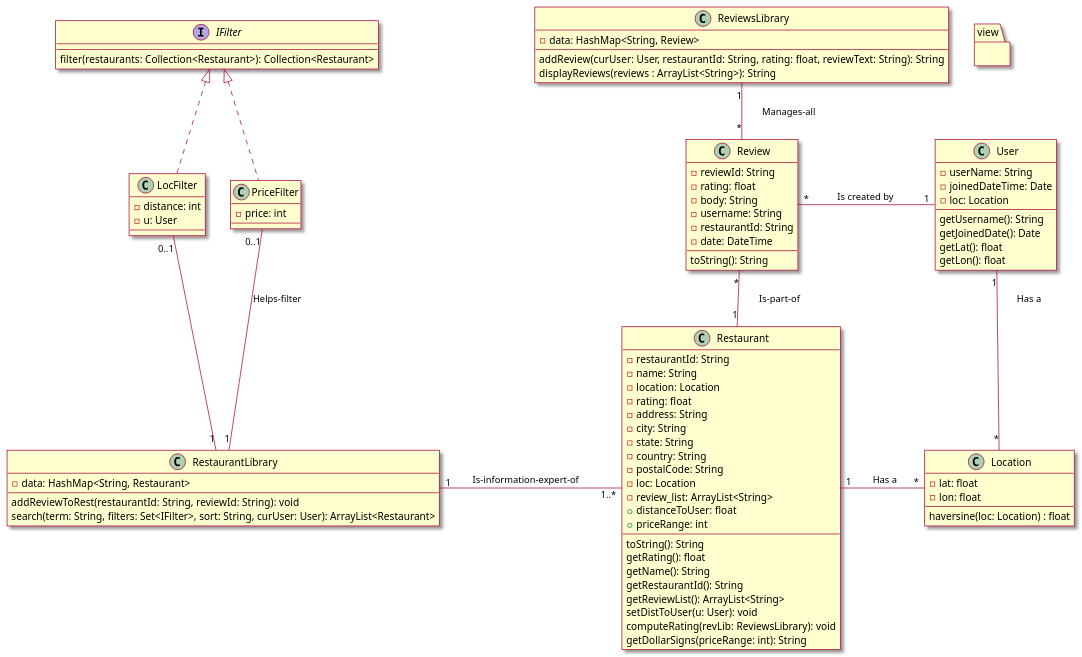
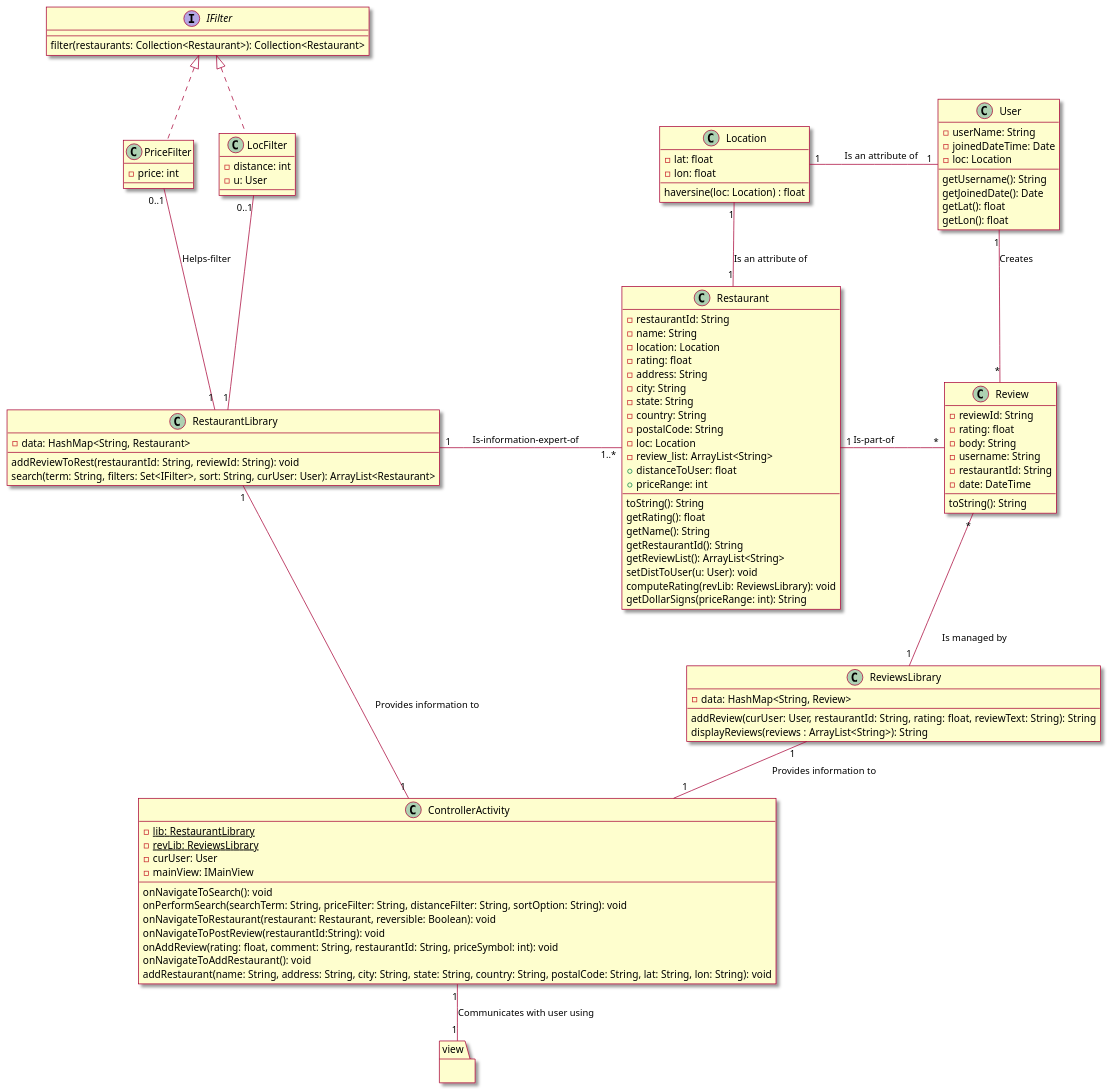
One commit to tanwasp/LunchBox-Android changed the fourth of 4 diagrams in intellij/doc/design.md. Above: the diagram before and after it, drawn with PlantUML. The commit also changed 1 other file, not shown here.

Commit message:
Add to design class diagram

````diff
--- a/intellij/doc/design.md
+++ b/intellij/doc/design.md
@@ -181,6 +181,21 @@
     haversine(loc: Location) : float
 }
 
+class ControllerActivity{
+    {static} -lib: RestaurantLibrary
+    {static} -revLib: ReviewsLibrary
+    -curUser: User
+    -mainView: IMainView
+    --
+    onNavigateToSearch(): void
+    onPerformSearch(searchTerm: String, priceFilter: String, distanceFilter: String, sortOption: String): void
+    onNavigateToRestaurant(restaurant: Restaurant, reversible: Boolean): void
+    onNavigateToPostReview(restaurantId:String): void
+    onAddReview(rating: float, comment: String, restaurantId: String, priceSymbol: int): void
+    onNavigateToAddRestaurant(): void
+    addRestaurant(name: String, address: String, city: String, state: String, country: String, postalCode: String, lat: String, lon: String): void
+}
+
 package view{
 
 }
@@ -191,10 +206,14 @@
 PriceFilter "0..1" -- "1" RestaurantLibrary: Helps-filter
 LocFilter "0..1" -- "1" RestaurantLibrary
 RestaurantLibrary "1" - "1..*" Restaurant : \tIs-information-expert-of\t\t
-ReviewsLibrary "1" -- "*" Review : \tManages-all\t\t
-Review "*" -- "1" Restaurant : \tIs-part-of\t\t
-User "1" -left- "*" Review : \tIs created by\t\t
-Restaurant "1" - "*" Location : \tHas a \t
-User "1" -down- "*" Location : \tHas a \t
+Review "*" -down- "1" ReviewsLibrary: \tIs managed by\t\t
+Review "*" -left- "1" Restaurant : Is-part-of\t\t
+User "1" -down- "*" Review : Creates\t\t
+Location "1" - "1" Restaurant : Is an attribute of\t
+Location "1" - "1" User: \tIs an attribute of\t
+RestaurantLibrary "1" -down- "1" ControllerActivity: Provides information to\t
+ReviewsLibrary "1" -down- "1" ControllerActivity: \tProvides information to\t
+ControllerActivity "1" -down- "1" view: "Communicates with user using"
+
 @enduml
 ```
````
